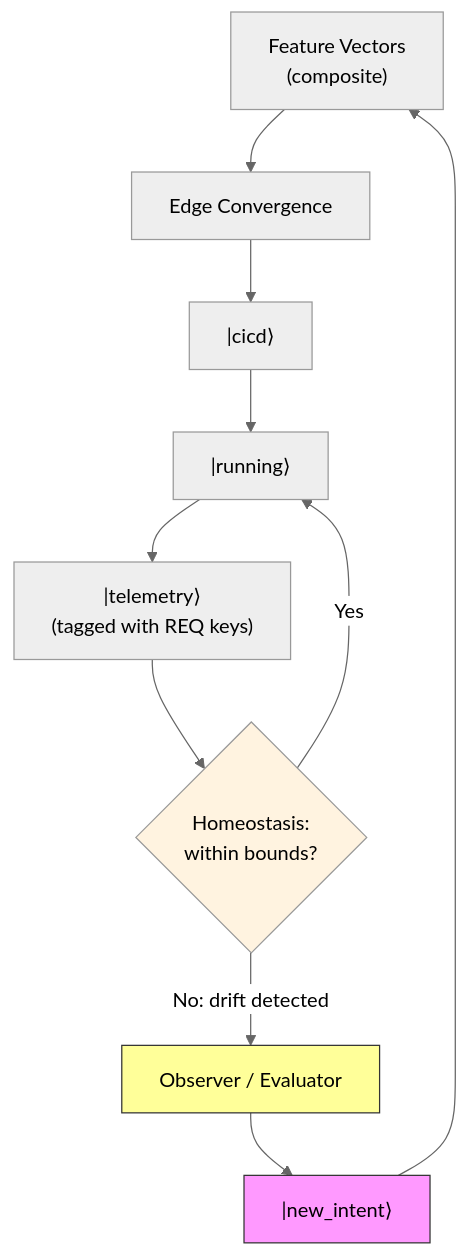
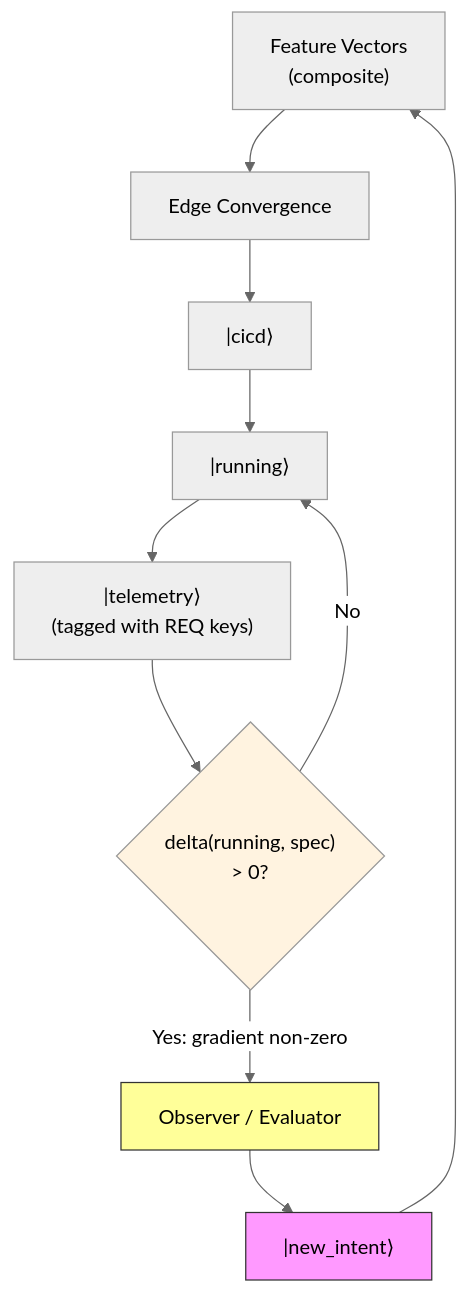
One commit to foolishimp/ai_sdlc_method changed the ninth of 11 diagrams in specification/AI_SDLC_ASSET_GRAPH_MODEL.md. Above: the diagram before and after it, drawn with Mermaid (neutral theme). The commit also changed other lines of this file and 11 other files, not shown here.

First line of the commit message:
release: v2.9.0 — gradient unification (homeostasis + consciousness → single delta)

````diff
--- a/specification/AI_SDLC_ASSET_GRAPH_MODEL.md
+++ b/specification/AI_SDLC_ASSET_GRAPH_MODEL.md
@@ -882,16 +924,16 @@
 ```mermaid
 flowchart TD
     FV["Feature Vectors\n(composite)"] --> EC["Edge Convergence"]
     EC --> CICD["|cicd⟩"]
     CICD --> RUN["|running⟩"]
     RUN --> TEL["|telemetry⟩\n(tagged with REQ keys)"]
-    TEL --> H{"Homeostasis:\nwithin bounds?"}
-    H -- "Yes" --> RUN
-    H -- "No: drift detected" --> OBS["Observer / Evaluator"]
+    TEL --> H{"delta(running, spec)\n> 0?"}
+    H -- "No" --> RUN
+    H -- "Yes: gradient non-zero" --> OBS["Observer / Evaluator"]
     OBS --> NI["|new_intent⟩"]
     NI --> FV
 
     style H fill:#fff3e0
     style NI fill:#f9f,stroke:#333
     style OBS fill:#ff9,stroke:#333
 ```
````
